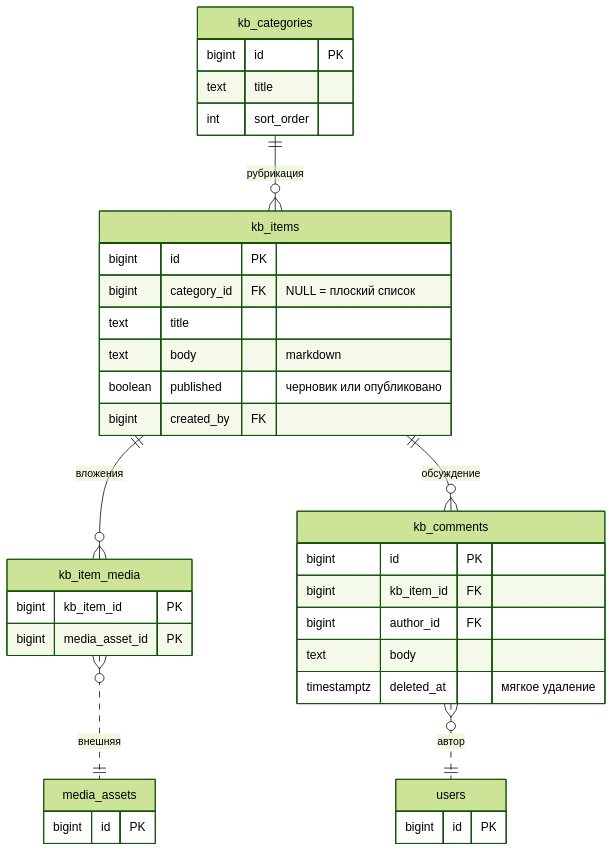
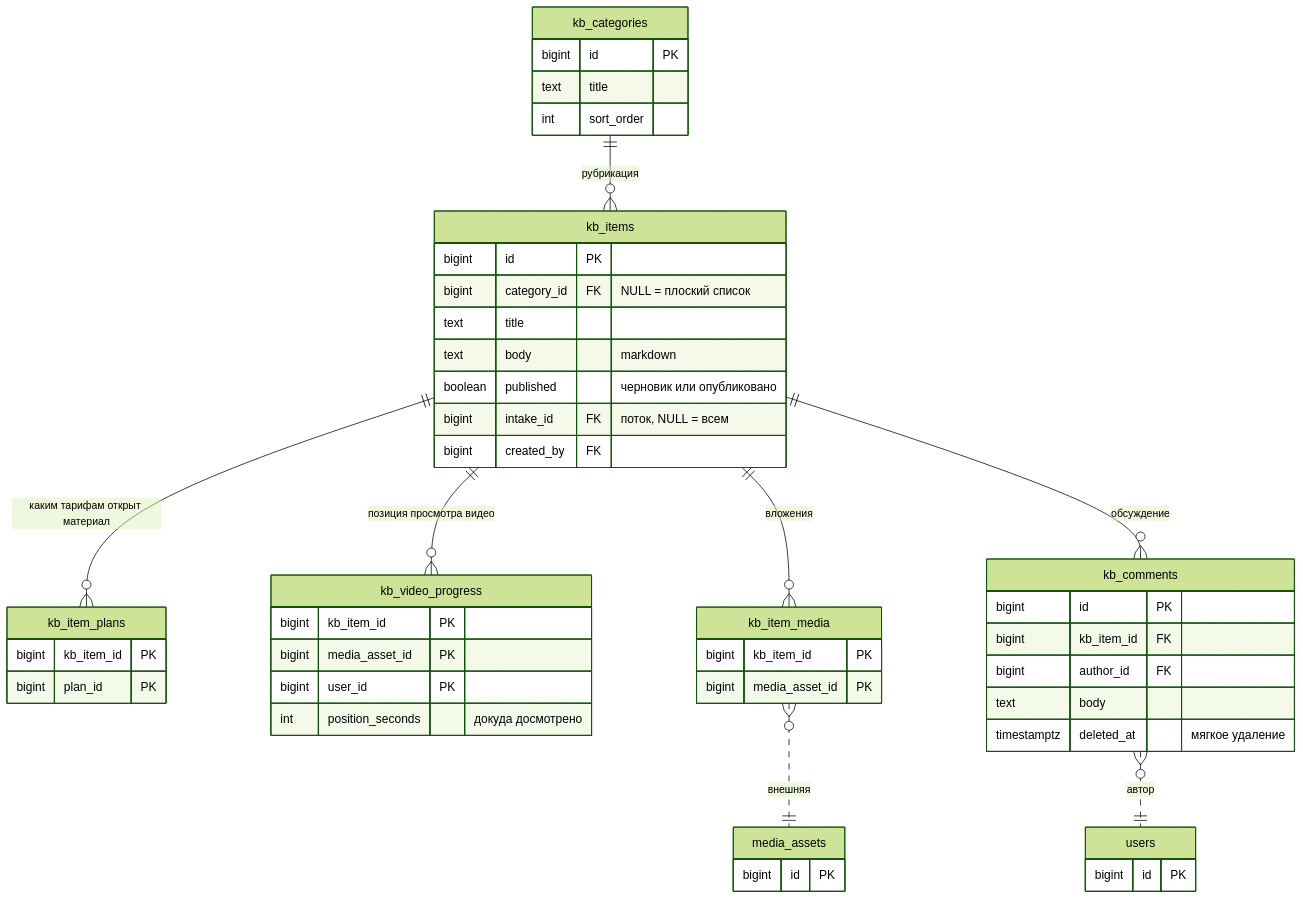
The fifth of 20 diagrams in docs/ARCHITECTURE.md (code-tamer3000/argonautica-platfrorm), drawn with Mermaid (forest theme) before and after one commit. The commit also changed other lines of this file, not shown here.

First line of the commit message:
docs: синхронизировать ARCHITECTURE.md с реальностью бэкенда

````diff
--- a/docs/ARCHITECTURE.md
+++ b/docs/ARCHITECTURE.md
@@ -251,39 +341,52 @@
 ```mermaid
 erDiagram
     kb_categories {
         bigint id PK
         text title
         int sort_order
     }
     kb_items {
         bigint id PK
         bigint category_id FK "NULL = плоский список"
         text title
         text body "markdown"
         boolean published "черновик или опубликовано"
+        bigint intake_id FK "поток, NULL = всем"
         bigint created_by FK
+    }
+    kb_item_plans {
+        bigint kb_item_id PK
+        bigint plan_id PK
+    }
+    kb_video_progress {
+        bigint kb_item_id PK
+        bigint media_asset_id PK
+        bigint user_id PK
+        int position_seconds "докуда досмотрено"
     }
     kb_item_media {
         bigint kb_item_id PK
         bigint media_asset_id PK
     }
     kb_comments {
         bigint id PK
         bigint kb_item_id FK
         bigint author_id FK
         text body
         timestamptz deleted_at "мягкое удаление"
     }
     media_assets {
         bigint id PK
     }
     users {
         bigint id PK
     }
 
     kb_categories ||--o{ kb_items : "рубрикация"
+    kb_items ||--o{ kb_item_plans : "каким тарифам открыт материал"
     kb_items ||--o{ kb_item_media : "вложения"
+    kb_items ||--o{ kb_video_progress : "позиция просмотра видео"
     kb_items ||--o{ kb_comments : "обсуждение"
     kb_item_media }o..|| media_assets : "внешняя"
     kb_comments }o..|| users : "автор"
 ```
````
